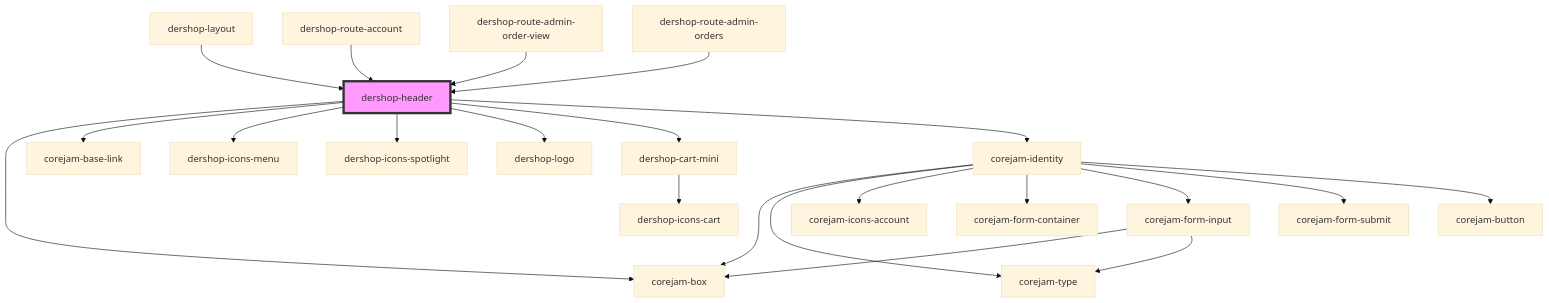
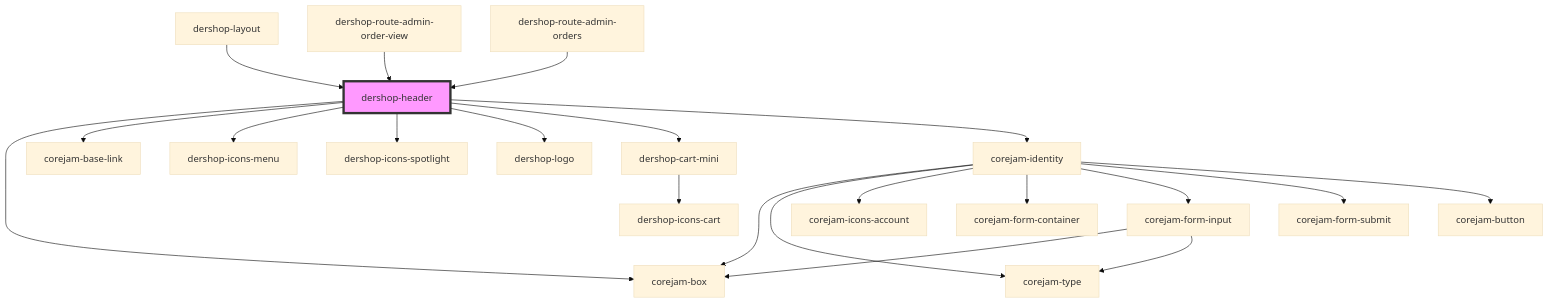
One commit to corejam/corejam changed the diagram in packages/plugins/dershop/app/components/dershop-header/readme.md. Above: the diagram before and after it, drawn with Mermaid (base theme). The commit also changed other lines of this file and 6 other files, not shown here.

````diff
--- a/packages/plugins/dershop/app/components/dershop-header/readme.md
+++ b/packages/plugins/dershop/app/components/dershop-header/readme.md
@@ -37,25 +36,24 @@
 ```mermaid
 graph TD;
   dershop-header --> corejam-box
   dershop-header --> corejam-base-link
   dershop-header --> dershop-icons-menu
   dershop-header --> dershop-icons-spotlight
   dershop-header --> dershop-logo
   dershop-header --> dershop-cart-mini
   dershop-header --> corejam-identity
   dershop-cart-mini --> dershop-icons-cart
   corejam-identity --> corejam-box
   corejam-identity --> corejam-type
   corejam-identity --> corejam-icons-account
   corejam-identity --> corejam-form-container
   corejam-identity --> corejam-form-input
   corejam-identity --> corejam-form-submit
   corejam-identity --> corejam-button
   corejam-form-input --> corejam-box
   corejam-form-input --> corejam-type
   dershop-layout --> dershop-header
-  dershop-route-account --> dershop-header
   dershop-route-admin-order-view --> dershop-header
   dershop-route-admin-orders --> dershop-header
   style dershop-header fill:#f9f,stroke:#333,stroke-width:4px
 ```
````
